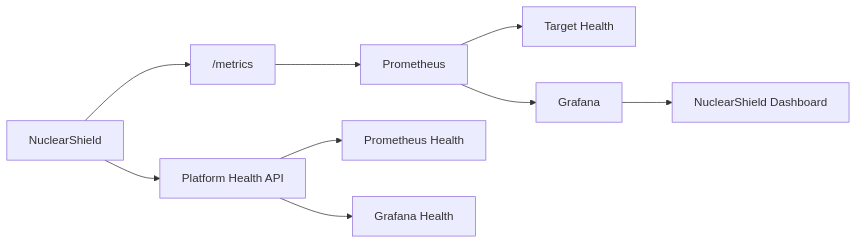
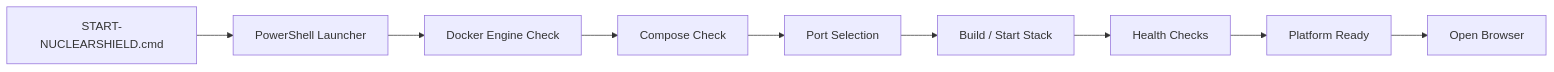
Before and after one commit to ruveeha33/NuclearShield: the seventh of 8 diagrams in README.md, drawn with Mermaid. The commit also changed other lines of this file, not shown here.

````diff
--- a/README.md
+++ b/README.md
@@ -514,17 +762,12 @@
 ```mermaid
 flowchart LR
-
-    NS["NuclearShield"] --> METRICS["/metrics"]
-
-    METRICS --> PROM["Prometheus"]
-
-    PROM --> TARGETS["Target Health"]
-    PROM --> GRAF["Grafana"]
-
-    GRAF --> DASH["NuclearShield Dashboard"]
-
-    NS --> STATUS["Platform Health API"]
-
-    STATUS --> PHEALTH["Prometheus Health"]
-    STATUS --> GHEALTH["Grafana Health"]
+    START["START-NUCLEARSHIELD.cmd"]
+    --> PS["PowerShell Launcher"]
+    --> DOCKER["Docker Engine Check"]
+    --> COMPOSE["Compose Check"]
+    --> PORTS["Port Selection"]
+    --> BUILD["Build / Start Stack"]
+    --> HEALTH["Health Checks"]
+    --> READY["Platform Ready"]
+    --> OPEN["Open Browser"]
 ```
````
